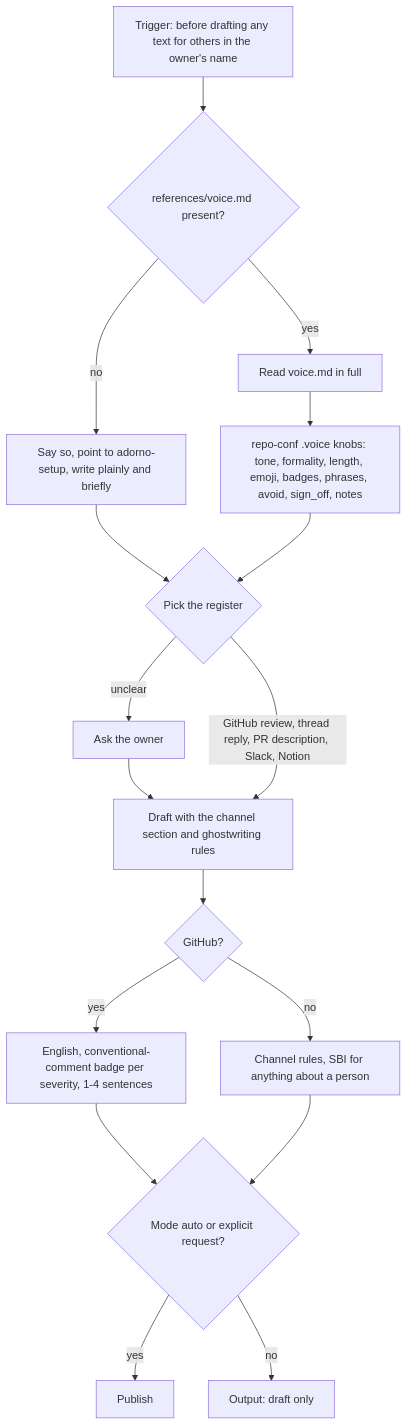
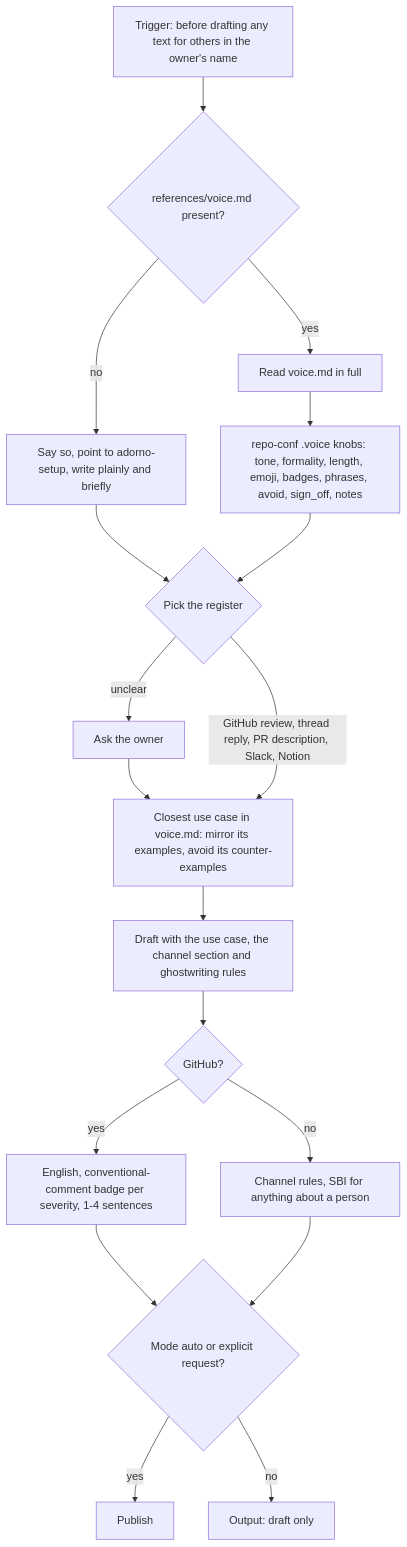
One commit to nicolasmondain/adorno changed the diagram in src/skills/adorno-voice/SCHEMA.md. Above: the diagram before and after it, drawn with Mermaid. The commit also changed 37 other files, not shown here.

````diff
--- a/src/skills/adorno-voice/SCHEMA.md
+++ b/src/skills/adorno-voice/SCHEMA.md
@@ -3,19 +3,20 @@
 ```mermaid
 flowchart TD
   T["Trigger: before drafting any text for others in the owner's name"] --> V{"references/voice.md present?"}
   V -->|"no"| NV["Say so, point to adorno-setup, write plainly and briefly"]
   V -->|"yes"| RV["Read voice.md in full"]
   RV --> KN["repo-conf .voice knobs: tone, formality, length, emoji, badges, phrases, avoid, sign_off, notes"]
   NV --> REG
   KN --> REG{"Pick the register"}
   REG -->|"unclear"| ASK["Ask the owner"]
-  ASK --> DR
-  REG -->|"GitHub review, thread reply, PR description, Slack, Notion"| DR["Draft with the channel section and ghostwriting rules"]
+  ASK --> UC
+  REG -->|"GitHub review, thread reply, PR description, Slack, Notion"| UC["Closest use case in voice.md: mirror its examples, avoid its counter-examples"]
+  UC --> DR["Draft with the use case, the channel section and ghostwriting rules"]
   DR --> GH{"GitHub?"}
   GH -->|"yes"| BG["English, conventional-comment badge per severity, 1-4 sentences"]
   GH -->|"no"| CH["Channel rules, SBI for anything about a person"]
   BG --> PUB{"Mode auto or explicit request?"}
   CH --> PUB
   PUB -->|"yes"| SEND["Publish"]
   PUB -->|"no"| DF["Output: draft only"]
 ```
````
